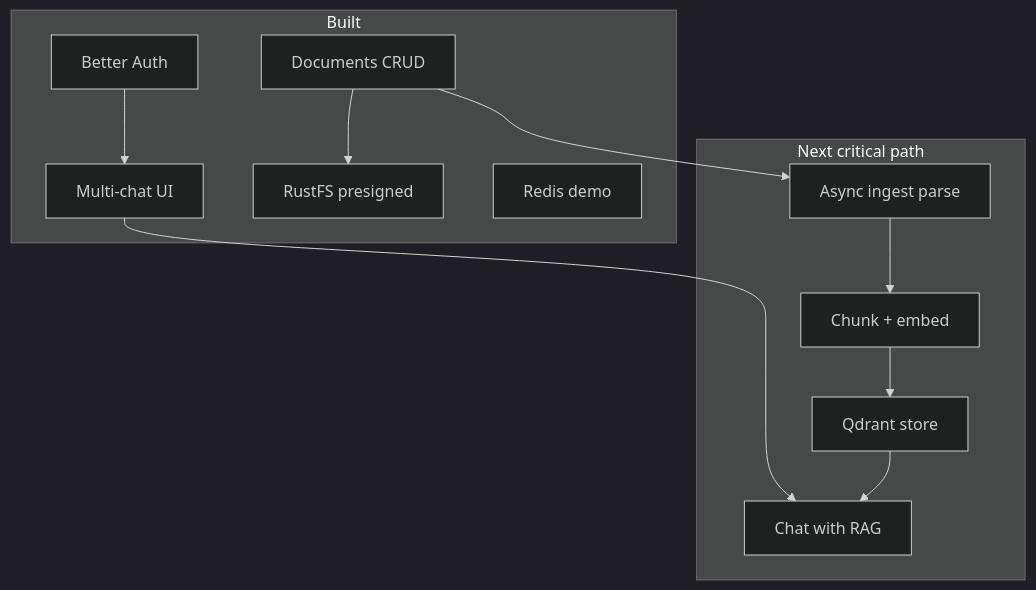
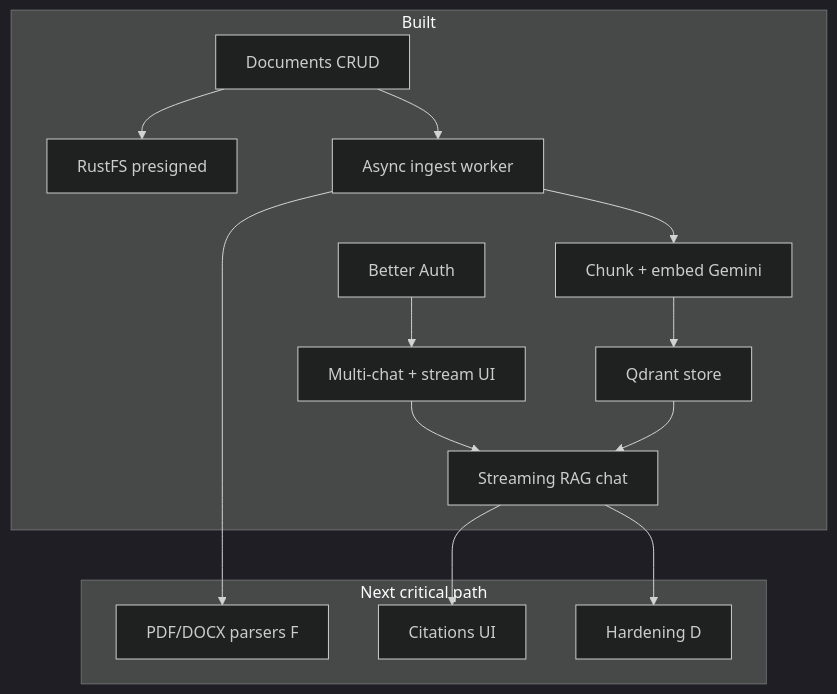
The diagram in content/docs/development/roadmap.mdx (aniketicloud/documind-docs), drawn with Mermaid (dark theme) before and after one commit. The commit also changed other lines of this file and 25 other files, not shown here.

````diff
--- a/content/docs/development/roadmap.mdx
+++ b/content/docs/development/roadmap.mdx
@@ -20,24 +25,29 @@
 ```mermaid
 flowchart TB
   subgraph done [Built]
     Auth[Better Auth]
-    ChatUI[Multi-chat UI]
+    ChatUI[Multi-chat + stream UI]
     Docs[Documents CRUD]
     S3[RustFS presigned]
-    RedisDemo[Redis demo]
+    Ingest[Async ingest worker]
+    Chunk[Chunk + embed Gemini]
+    Qdrant[Qdrant store]
+    LLM[Streaming RAG chat]
   end
 
   subgraph next [Next critical path]
-    Ingest[Async ingest parse]
-    Chunk[Chunk + embed]
-    Qdrant[Qdrant store]
-    LLM[Chat with RAG]
+    PDF[PDF/DOCX parsers F]
+    Cite[Citations UI]
+    Prod[Hardening D]
   end
 
   Auth --> ChatUI
   Docs --> S3
   Docs --> Ingest
   Ingest --> Chunk --> Qdrant
   ChatUI --> LLM
   Qdrant --> LLM
+  Ingest --> PDF
+  LLM --> Cite
+  LLM --> Prod
 ```
````
